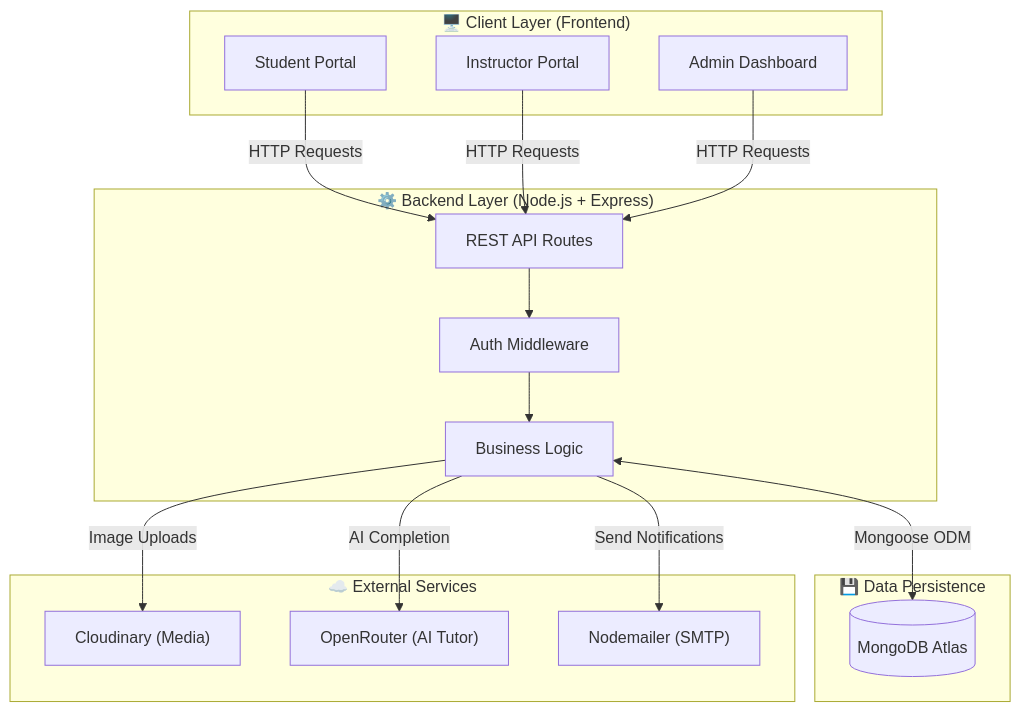
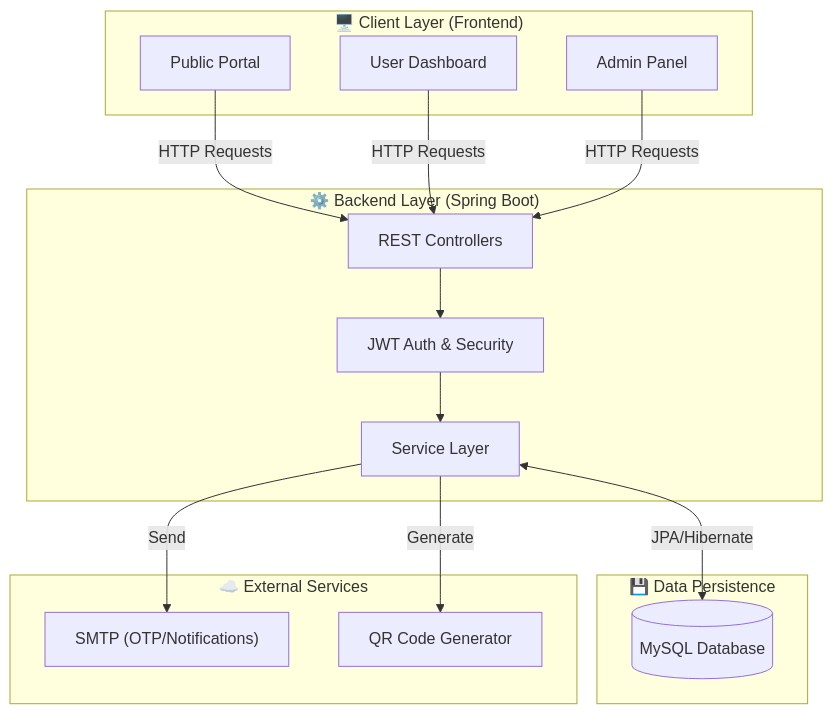
The first of 2 diagrams in README.md (SasinduDenuwan/NovaEdu-LMS), drawn with Mermaid before and after one commit. The commit also changed other lines of this file, not shown here.

````diff
--- a/README.md
+++ b/README.md
@@ -42,37 +33,35 @@
 ```mermaid
 graph TD
     subgraph Client ["🖥️ Client Layer (Frontend)"]
-        Student["Student Portal"]
-        Instructor["Instructor Portal"]
-        Admin["Admin Dashboard"]
+        Public["Public Portal"]
+        User["User Dashboard"]
+        Admin["Admin Panel"]
     end
 
-    subgraph Server ["⚙️ Backend Layer (Node.js + Express)"]
-        API["REST API Routes"]
-        Auth["Auth Middleware"]
-        Controllers["Business Logic"]
+    subgraph Server ["⚙️ Backend Layer (Spring Boot)"]
+        Controller["REST Controllers"]
+        Service["Service Layer"]
+        Security["JWT Auth & Security"]
     end
 
     subgraph Data ["💾 Data Persistence"]
-        DB[("MongoDB Atlas")]
+        DB[("MySQL Database")]
     end
 
     subgraph External ["☁️ External Services"]
-        Cloudinary["Cloudinary (Media)"]
-        AI["OpenRouter (AI Tutor)"]
-        Email["Nodemailer (SMTP)"]
+        Email["SMTP (OTP/Notifications)"]
+        QRCode["QR Code Generator"]
     end
 
-    Student -->|HTTP Requests| API
-    Instructor -->|HTTP Requests| API
-    Admin -->|HTTP Requests| API
+    Public -->|HTTP Requests| Controller
+    User -->|HTTP Requests| Controller
+    Admin -->|HTTP Requests| Controller
     
-    API --> Auth
-    Auth --> Controllers
+    Controller --> Security
+    Security --> Service
     
-    Controllers <-->|Mongoose ODM| DB
+    Service <-->|JPA/Hibernate| DB
     
-    Controllers -->|Image Uploads| Cloudinary
-    Controllers -->|AI Completion| AI
-    Controllers -->|Send Notifications| Email
+    Service -->|Generate| QRCode
+    Service -->|Send| Email
 ```
````
